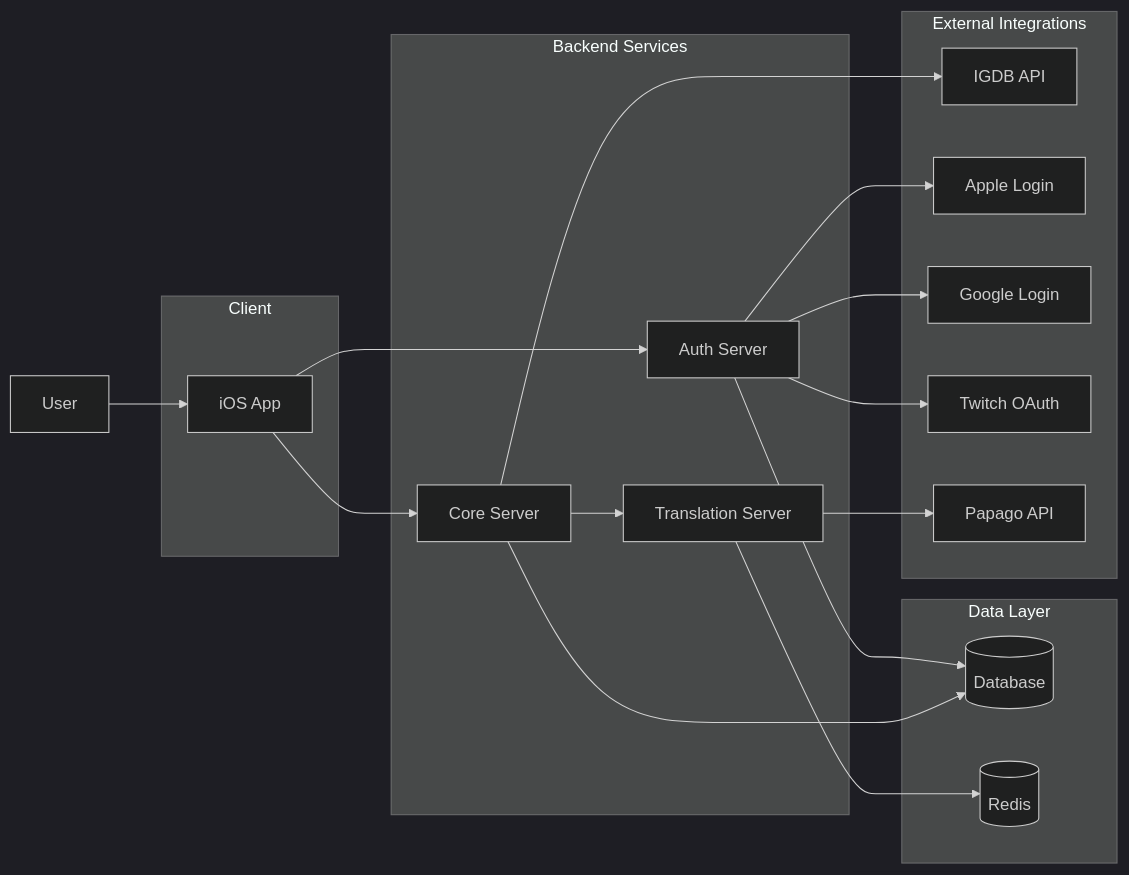
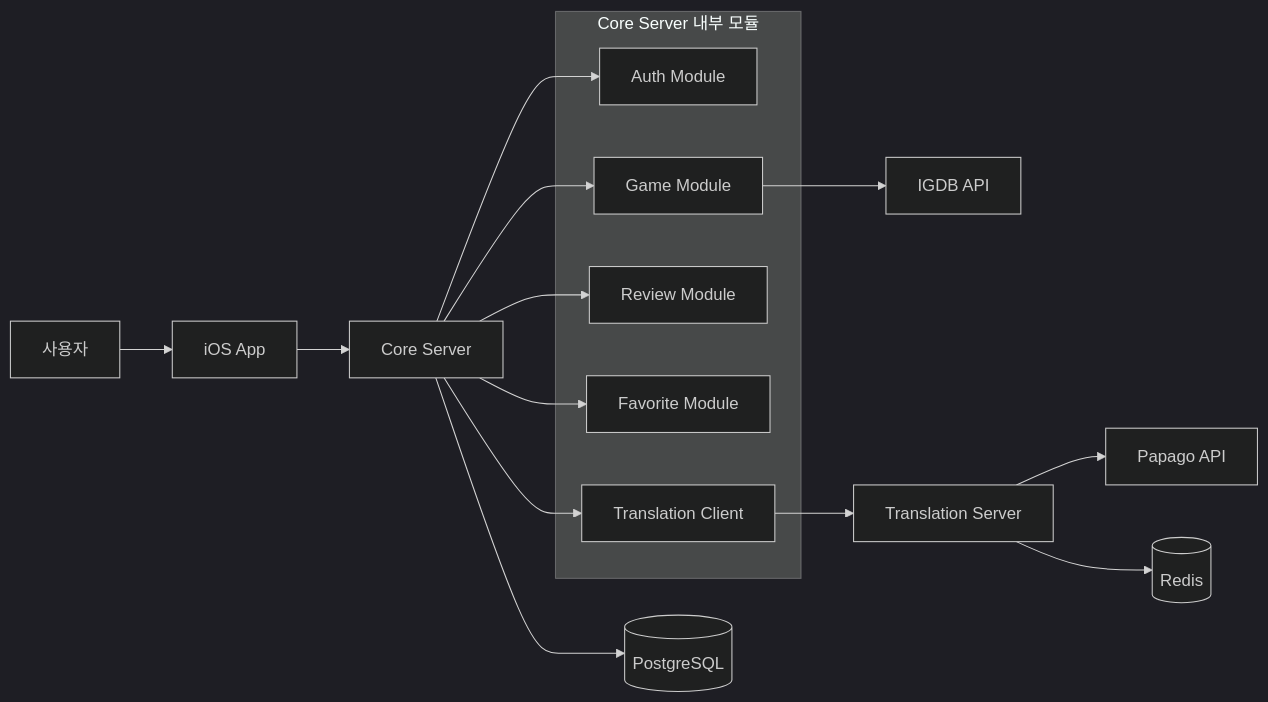
Before and after one commit to HwangSeokBeom/GamePediaDocs: the diagram in docs/00-overview/project-overview.md, drawn with Mermaid (dark theme). The commit also changed other lines of this file and 8 other files, not shown here.

Commit message:
Update architecture docs and add branch strategy

````diff
--- a/docs/00-overview/project-overview.md
+++ b/docs/00-overview/project-overview.md
@@ -63,41 +96,25 @@
 ```mermaid
 flowchart LR
-    User[User] --> App[iOS App]
+    User[사용자] --> App[iOS App]
+    App --> Core[Core Server]
 
-    subgraph Client[Client]
-        App
+    subgraph CoreModules[Core Server 내부 모듈]
+        Auth[Auth Module]
+        Game[Game Module]
+        Review[Review Module]
+        Favorite[Favorite Module]
+        TranslationClient[Translation Client]
     end
 
-    subgraph Backend[Backend Services]
-        Auth[Auth Server]
-        Core[Core Server]
-        Translation[Translation Server]
-    end
+    Core --> Auth
+    Core --> Game
+    Core --> Review
+    Core --> Favorite
+    Core --> TranslationClient
 
-    subgraph Storage[Data Layer]
-        DB[(Database)]
-        Redis[(Redis)]
-    end
-
-    subgraph External[External Integrations]
-        IGDB[IGDB API]
-        Apple[Apple Login]
-        Google[Google Login]
-        Twitch[Twitch OAuth]
-        Papago[Papago API]
-    end
-
-    App --> Auth
-    App --> Core
-    Core --> Translation
-
-    Auth --> DB
-    Core --> DB
-    Translation --> Redis
-
-    Core --> IGDB
-    Auth --> Apple
-    Auth --> Google
-    Auth --> Twitch
-    Translation --> Papago
+    Game --> IGDB[IGDB API]
+    TranslationClient --> Translation[Translation Server]
+    Translation --> Papago[Papago API]
+    Translation --> Redis[(Redis)]
+    Core --> Postgres[(PostgreSQL)]
 ```
````
